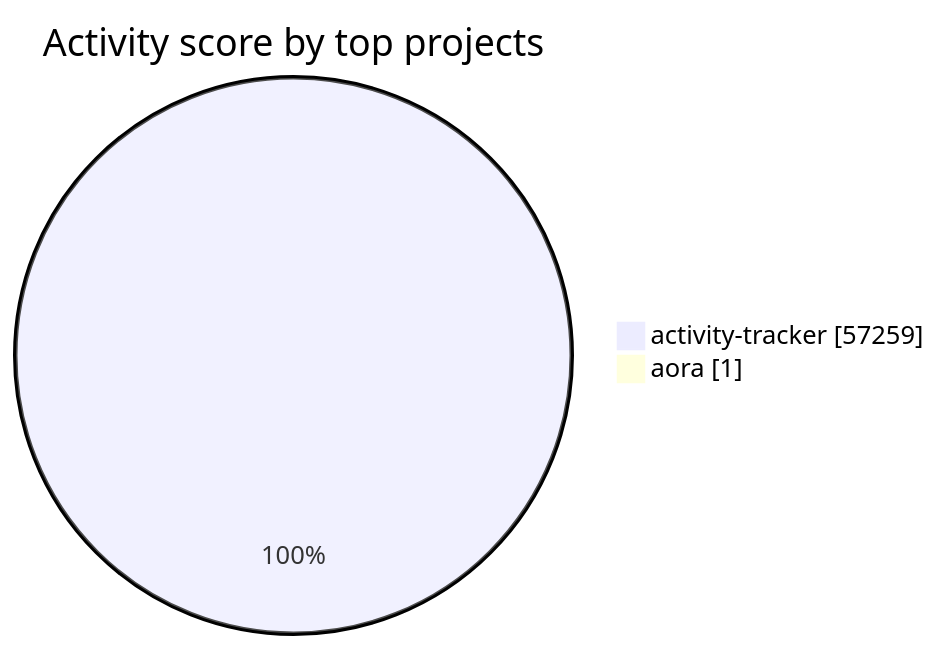
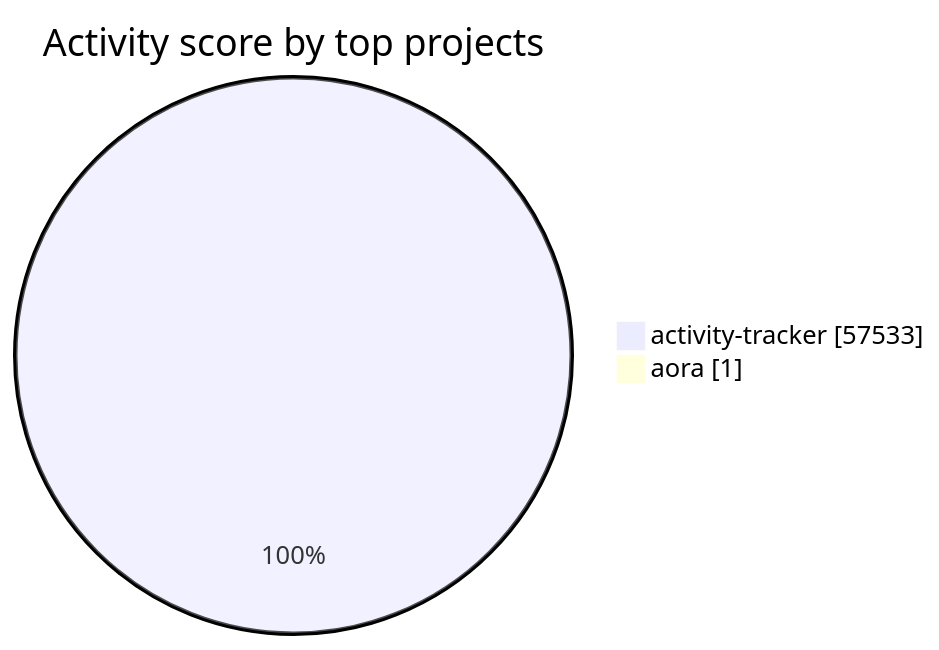
One commit to Sonkarrushikesh22/activity-tracker changed the diagram in visualizations/README.md. Above: the diagram before and after it, drawn with Mermaid. The commit also changed other lines of this file and 4 other files, not shown here.

````diff
--- a/visualizations/README.md
+++ b/visualizations/README.md
@@ -33,6 +33,6 @@
 ```mermaid
 pie showData
     title Activity score by top projects
-    "activity-tracker" : 57259
+    "activity-tracker" : 57533
     "aora" : 1
 ```
````
